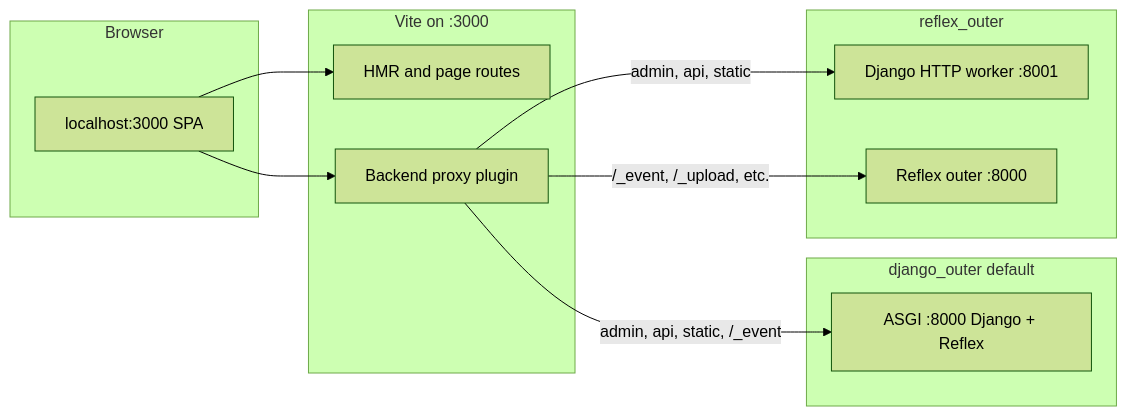
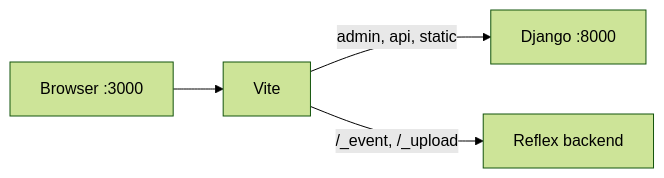
The diagram in docs/local_development.md (web7ai/reflex-django), drawn with Mermaid (forest theme) before and after one commit. The commit also changed other lines of this file and 80 other files, not shown here.

Commit message:
docs: update CHANGELOG and documentation to reflect breaking changes in v3, including removal of legacy routing modes, updates to ASGI entry points, and new configuration options for Django server proxying; enhance migration guides and clarify development workflow for improved user experience

````diff
--- a/docs/local_development.md
+++ b/docs/local_development.md
@@ -52,26 +52,6 @@
 ```mermaid
 flowchart LR
-  subgraph browser [Browser]
-    UI["localhost:3000 SPA"]
-  end
-
-  subgraph vite [Vite on :3000]
-    HMR["HMR and page routes"]
-    PROXY["Backend proxy plugin"]
-  end
-
-  subgraph django_outer_mode ["django_outer default"]
-    BE8000["ASGI :8000 Django + Reflex"]
-  end
-
-  subgraph reflex_outer_mode ["reflex_outer"]
-    DJ8001["Django HTTP worker :8001"]
-    RX8000["Reflex outer :8000"]
-  end
-
-  UI --> HMR
-  UI --> PROXY
-  PROXY -->|"admin, api, static, /_event"| BE8000
-  PROXY -->|"admin, api, static"| DJ8001
-  PROXY -->|"/_event, /_upload, etc."| RX8000
+  Browser["Browser :3000"] --> Vite[Vite]
+  Vite -->|"admin, api, static"| Django["Django :8000"]
+  Vite -->|"/_event, /_upload"| Reflex[Reflex backend]
 ```
````
